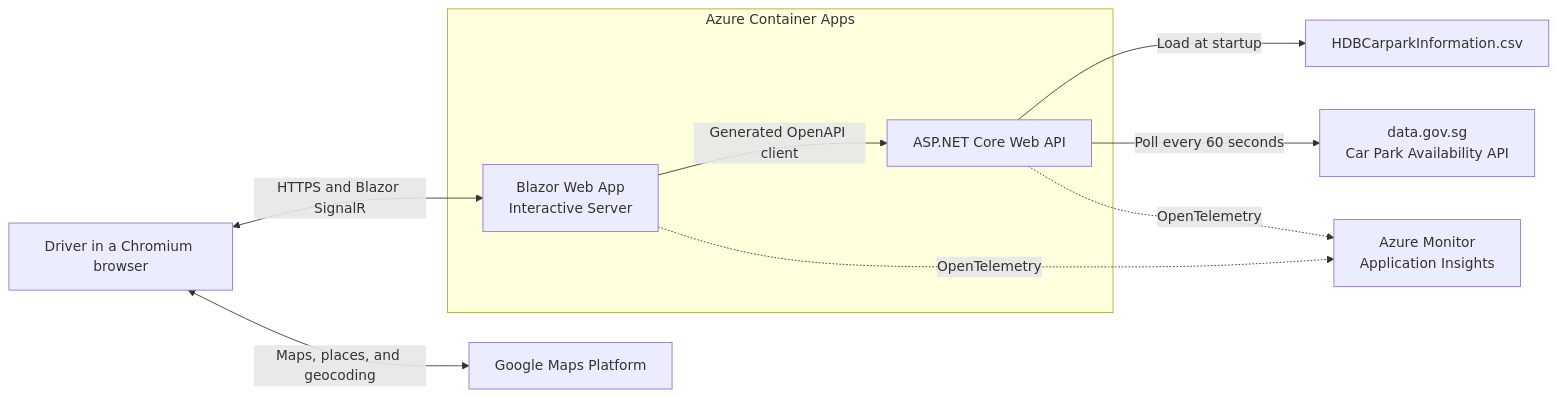
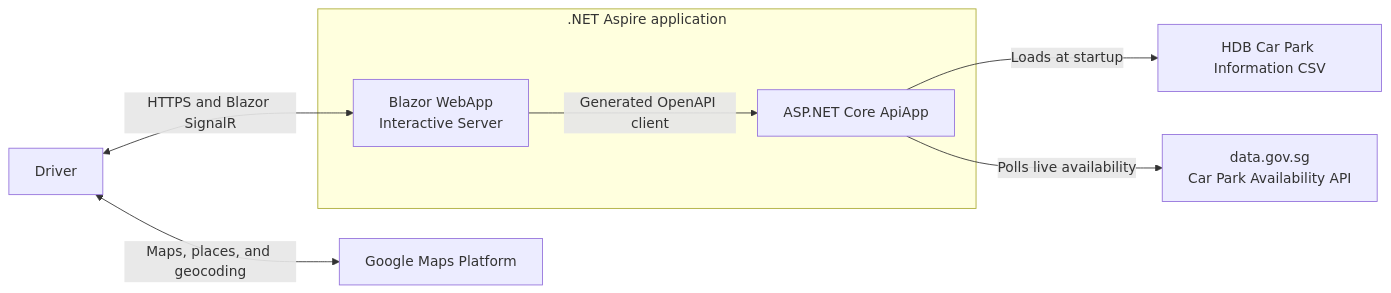
The diagram in README.md (devkimchi/smart-parking-navigator), drawn with Mermaid before and after one commit. The commit also changed other lines of this file and 131 other files, not shown here.

````diff
--- a/README.md
+++ b/README.md
@@ -17,21 +7,18 @@
 ```mermaid
 flowchart LR
-    User[Driver in a Chromium browser]
+    Driver[Driver]
     Maps[Google Maps Platform]
     Availability[data.gov.sg<br/>Car Park Availability API]
-    Csv[HDBCarparkInformation.csv]
-    Monitor[Azure Monitor<br/>Application Insights]
+    Csv[HDB Car Park Information CSV]
 
-    subgraph ACA[Azure Container Apps]
-        Web[Blazor Web App<br/>Interactive Server]
-        Api[ASP.NET Core Web API]
+    subgraph Aspire[.NET Aspire application]
+        Web[Blazor WebApp<br/>Interactive Server]
+        Api[ASP.NET Core ApiApp]
     end
 
-    User <-->|HTTPS and Blazor SignalR| Web
-    User <-->|Maps, places, and geocoding| Maps
+    Driver <-->|HTTPS and Blazor SignalR| Web
+    Driver <-->|Maps, places, and geocoding| Maps
     Web -->|Generated OpenAPI client| Api
-    Api -->|Load at startup| Csv
-    Api -->|Poll every 60 seconds| Availability
-    Web -.->|OpenTelemetry| Monitor
-    Api -.->|OpenTelemetry| Monitor
+    Api -->|Loads at startup| Csv
+    Api -->|Polls live availability| Availability
 ```
````
